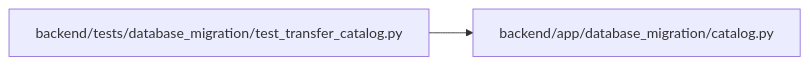
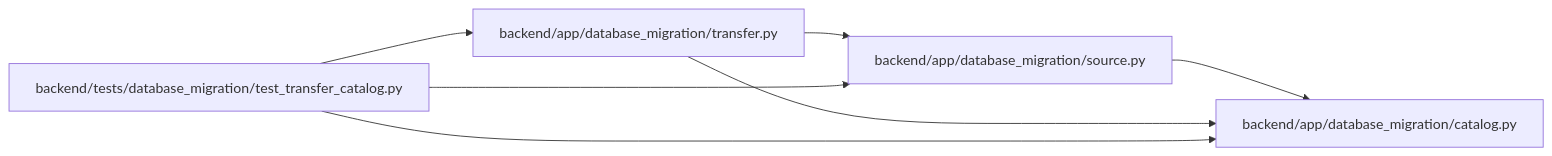
One commit to Denissvgn/WorkChord changed the diagram in docs/llm_wiki/modules/test_transfer_catalog.md. Above: the diagram before and after it, drawn with Mermaid. The commit also changed other lines of this file and 10148 other files, not shown here.

````diff
--- a/docs/llm_wiki/modules/test_transfer_catalog.md
+++ b/docs/llm_wiki/modules/test_transfer_catalog.md
@@ -19,8 +24,17 @@
 ```mermaid
 flowchart LR
     n0["backend/app/database_migration/catalog.py"]
-    n1["backend/tests/database_migration/test_transfer_catalog.py"]
+    n1["backend/app/database_migration/source.py"]
+    n2["backend/app/database_migration/transfer.py"]
+    n3["backend/tests/database_migration/test_transfer_catalog.py"]
     n1 --> n0
+    n2 --> n0
+    n2 --> n1
+    n3 --> n0
+    n3 --> n1
+    n3 --> n2
     click n0 "../modules/catalog.md"
-    click n1 "../modules/test_transfer_catalog.md"
+    click n1 "../modules/source.md"
+    click n2 "../modules/transfer.md"
+    click n3 "../modules/test_transfer_catalog.md"
 ```
````
